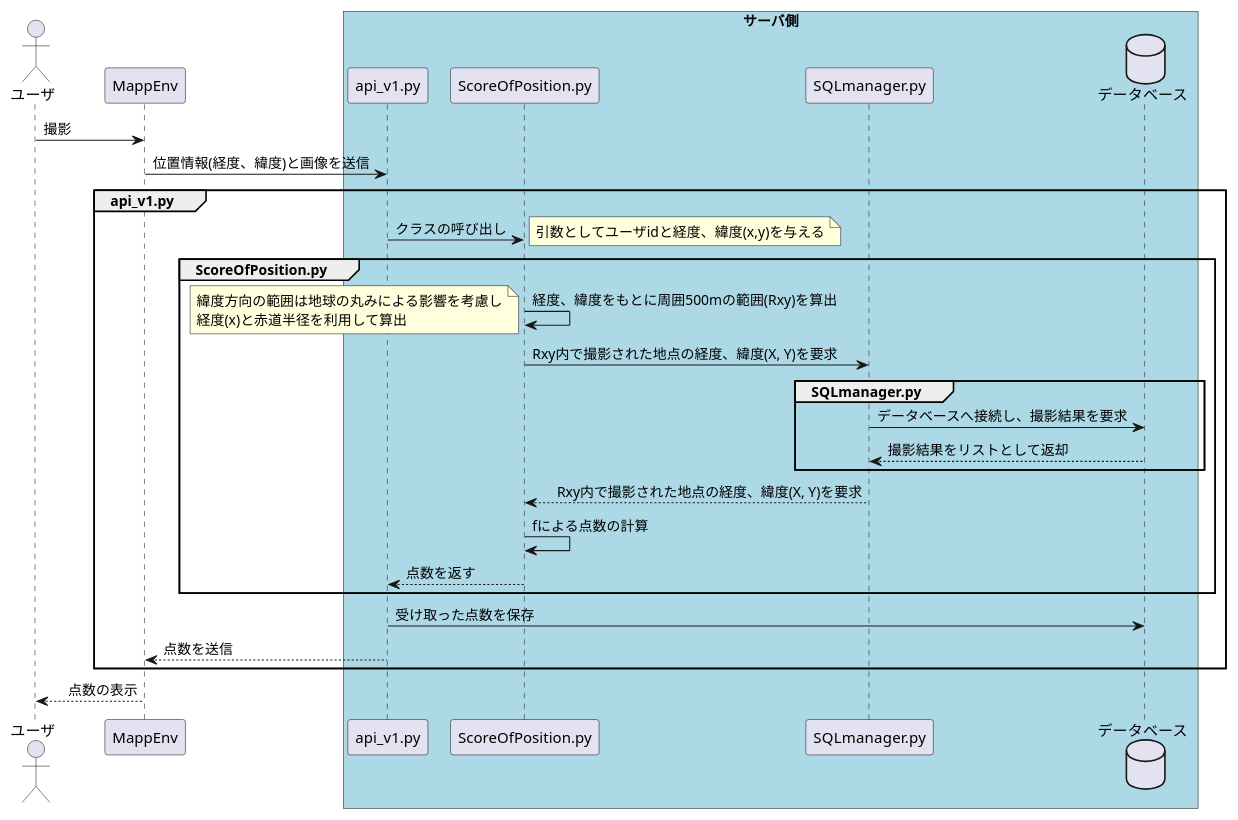
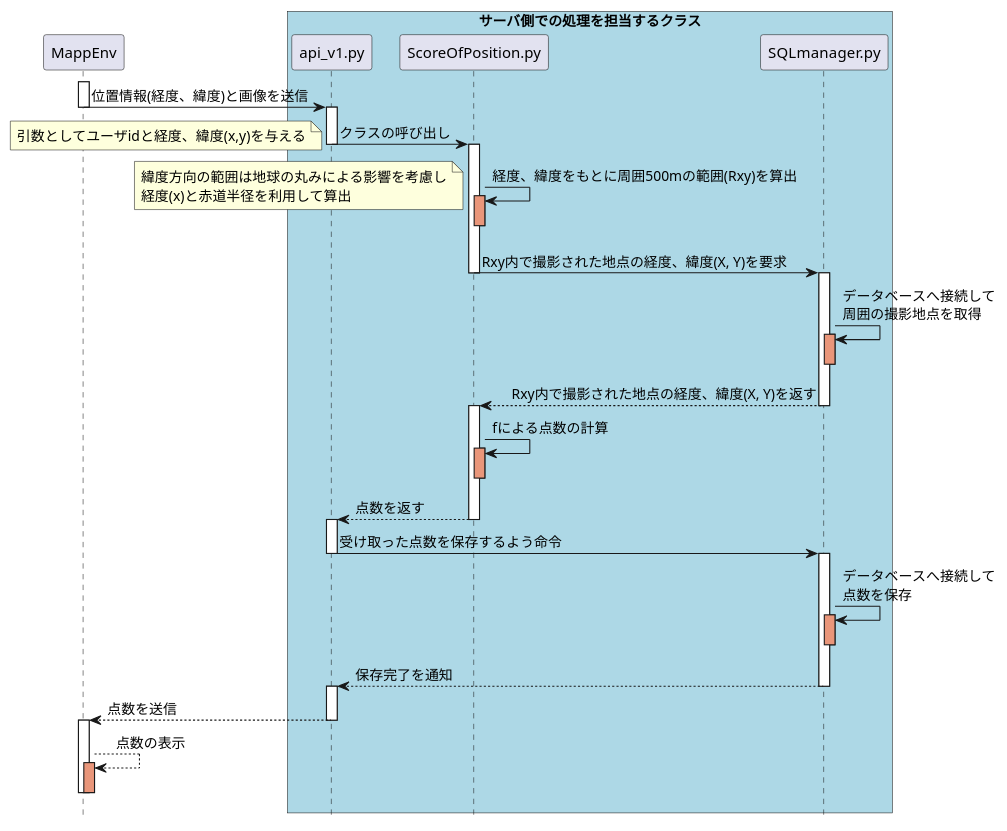
Before and after one commit to watarunemoto/mappenv: the diagram in UML/Seqence/ScoreOfPosition_app.puml, drawn with PlantUML. The commit also changed 9 other files, not shown here.

```diff
--- a/UML/Seqence/ScoreOfPosition_app.puml
+++ b/UML/Seqence/ScoreOfPosition_app.puml
@@ -1,53 +1,83 @@
 @startuml
 
-actor ユーザ as u
 participant MappEnv as m
 
-
-box "サーバ側" #LightBlue
+hide footbox
+box "サーバ側での処理を担当するクラス" #LightBlue
 participant api_v1.py as main
 participant ScoreOfPosition.py as calc
 participant SQLmanager.py as sql
-database データベース as db
+
 end box
 
 
-
-u -> m :撮影
-
-
+activate m
 m-> main:位置情報(経度、緯度)と画像を送信
 
 
 
-group api_v1.py
+
+'group api_v1.py
+deactivate m
+activate main
 main -> calc :クラスの呼び出し
-note right :引数としてユーザidと経度、緯度(x,y)を与える
-group ScoreOfPosition.py
+deactivate main
+activate calc
+note left :引数としてユーザidと経度、緯度(x,y)を与える
+
+
+'group ScoreOfPosition.py
 calc ->calc:経度、緯度をもとに周囲500mの範囲(Rxy)を算出
 note left: 緯度方向の範囲は地球の丸みによる影響を考慮し\n経度(x)と赤道半径を利用して算出
+activate calc#darksalmon
+deactivate calc
+
+calc ->  sql :Rxy内で撮影された地点の経度、緯度(X, Y)を要求
+deactivate calc
 
 
-calc ->  sql :Rxy内で撮影された地点の経度、緯度(X, Y)を要求
-group SQLmanager.py
-sql -> db :データベースへ接続し、撮影結果を要求
-db --> sql :撮影結果をリストとして返却
-end
-sql -->calc :　Rxy内で撮影された地点の経度、緯度(X, Y)を要求
+
+activate sql
+
+sql -> sql :データベースへ接続して\n周囲の撮影地点を取得
+activate sql #darksalmon
+deactivate sql
+
+sql -->calc :　Rxy内で撮影された地点の経度、緯度(X, Y)を返す
+deactivate sql
+activate calc
+
 calc -> calc:fによる点数の計算
+activate calc #darksalmon
+deactivate calc
+calc --> main : 点数を返す
+deactivate calc
+'end
+activate main
+main -> sql:受け取った点数を保存するよう命令
+deactivate main
+activate sql
 
-calc --> main : 点数を返す
+sql -> sql :データベースへ接続して\n点数を保存
+activate sql #darksalmon
+deactivate sql
 
-end
-
-main -> db:受け取った点数を保存
+sql --> main:保存完了を通知
+deactivate sql
+activate main
 
 main -->m:点数を送信
-
-end
+deactivate main
+activate m
+'end
 
 
-m --> u:　点数の表示
+
+m --> m:　点数の表示
+activate m#darksalmon
+deactivate m
+deactivate m
+
 
 
 @enduml
```
